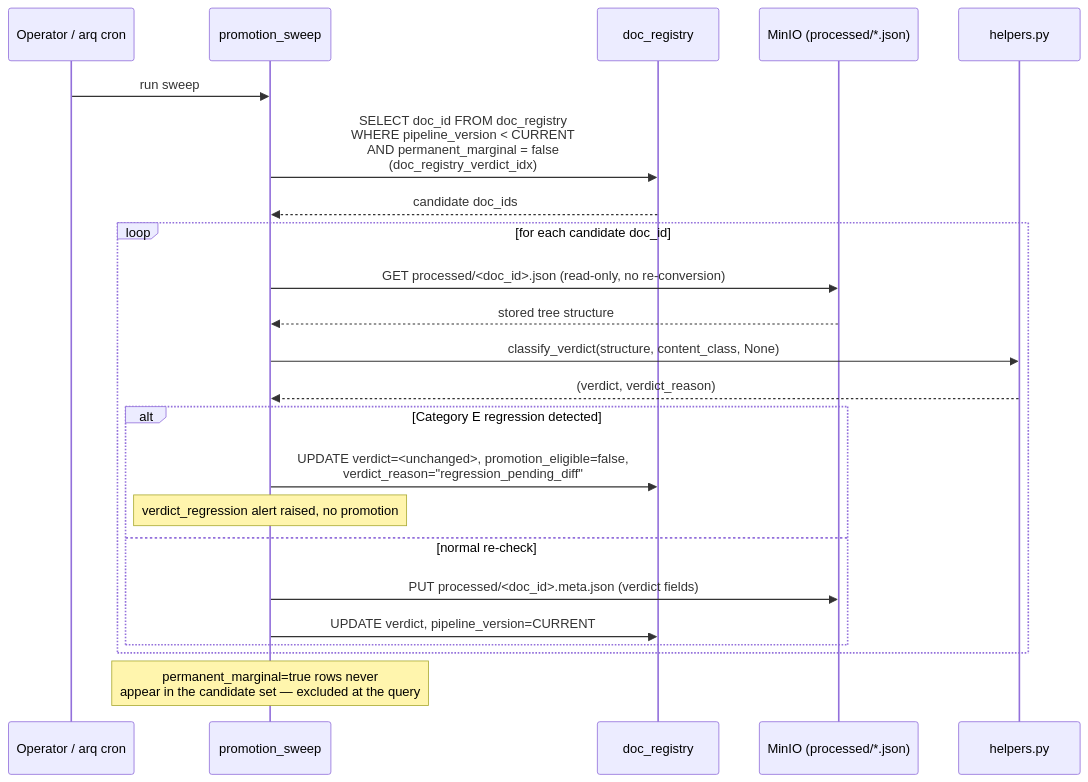
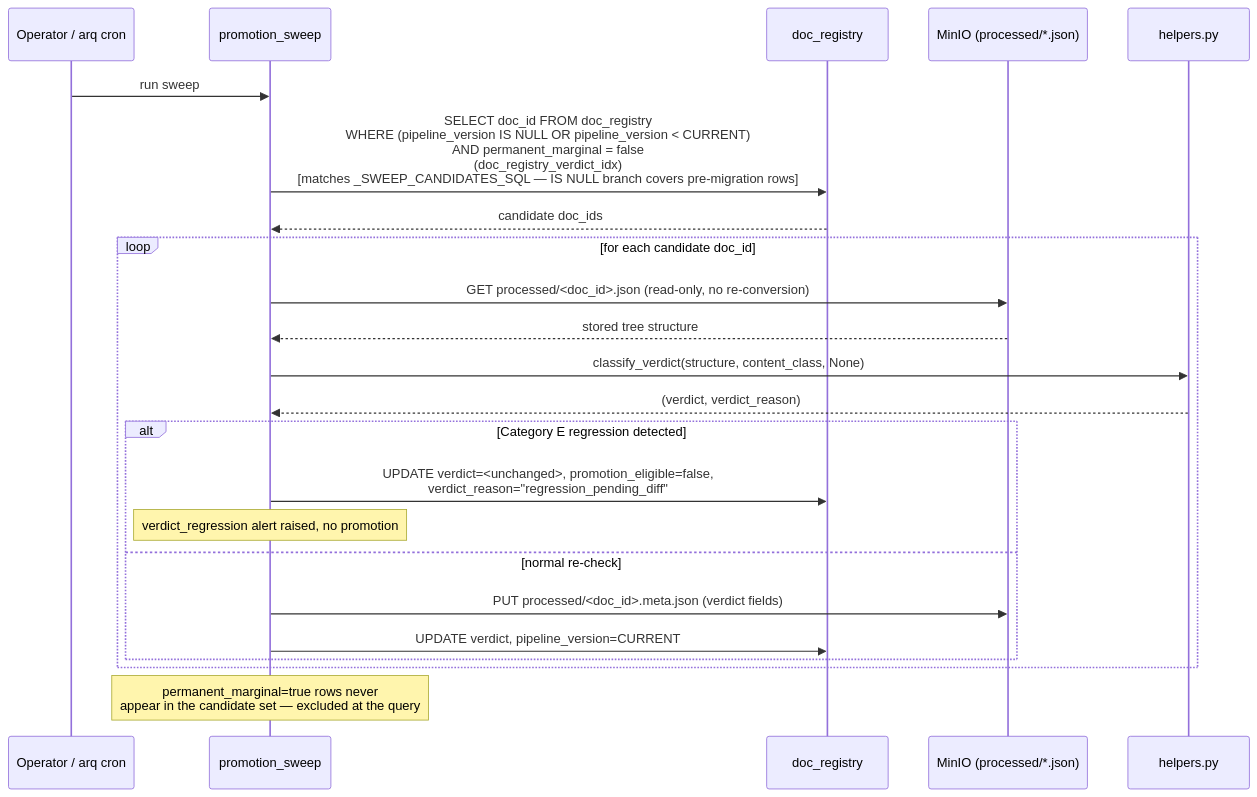
Before and after one commit to trehansalil/pageindex: the third of 5 diagrams in .agents/designs/design-rfc014-corpus-promotion-pipeline.md, drawn with Mermaid. The commit also changed 13 other files, not shown here.

````diff
--- a/.agents/designs/design-rfc014-corpus-promotion-pipeline.md
+++ b/.agents/designs/design-rfc014-corpus-promotion-pipeline.md
@@ -157,28 +157,28 @@
 ```mermaid
 sequenceDiagram
   participant Op as Operator / arq cron
   participant CLI as promotion_sweep
   participant R as doc_registry
   participant M as MinIO (processed/*.json)
   participant H as helpers.py
 
   Op->>CLI: run sweep
-  CLI->>R: SELECT doc_id FROM doc_registry<br/>WHERE pipeline_version < CURRENT<br/>AND permanent_marginal = false<br/>(doc_registry_verdict_idx)
+  CLI->>R: SELECT doc_id FROM doc_registry<br/>WHERE (pipeline_version IS NULL OR pipeline_version < CURRENT)<br/>AND permanent_marginal = false<br/>(doc_registry_verdict_idx)<br/>[matches _SWEEP_CANDIDATES_SQL — IS NULL branch covers pre-migration rows]
   R-->>CLI: candidate doc_ids
 
   loop for each candidate doc_id
     CLI->>M: GET processed/<doc_id>.json (read-only, no re-conversion)
     M-->>CLI: stored tree structure
     CLI->>H: classify_verdict(structure, content_class, None)
     H-->>CLI: (verdict, verdict_reason)
     alt Category E regression detected
       CLI->>R: UPDATE verdict=<unchanged>, promotion_eligible=false,<br/>verdict_reason="regression_pending_diff"
       Note over CLI: verdict_regression alert raised, no promotion
     else normal re-check
       CLI->>M: PUT processed/<doc_id>.meta.json (verdict fields)
       CLI->>R: UPDATE verdict, pipeline_version=CURRENT
     end
   end
 
   Note over CLI: permanent_marginal=true rows never<br/>appear in the candidate set — excluded at the query
 ```
````
